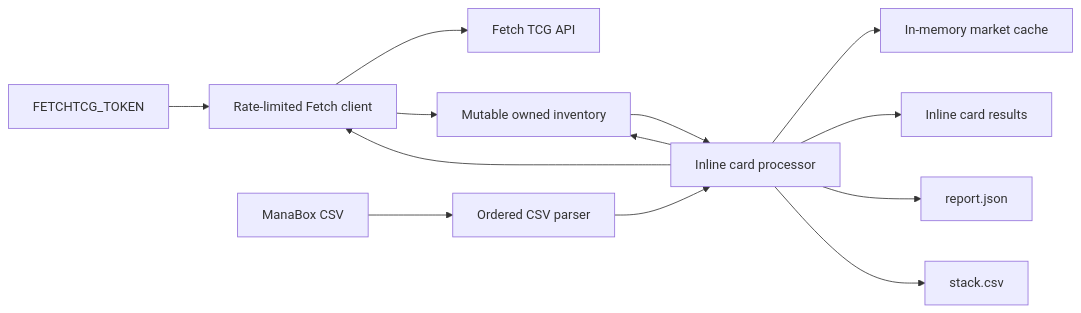
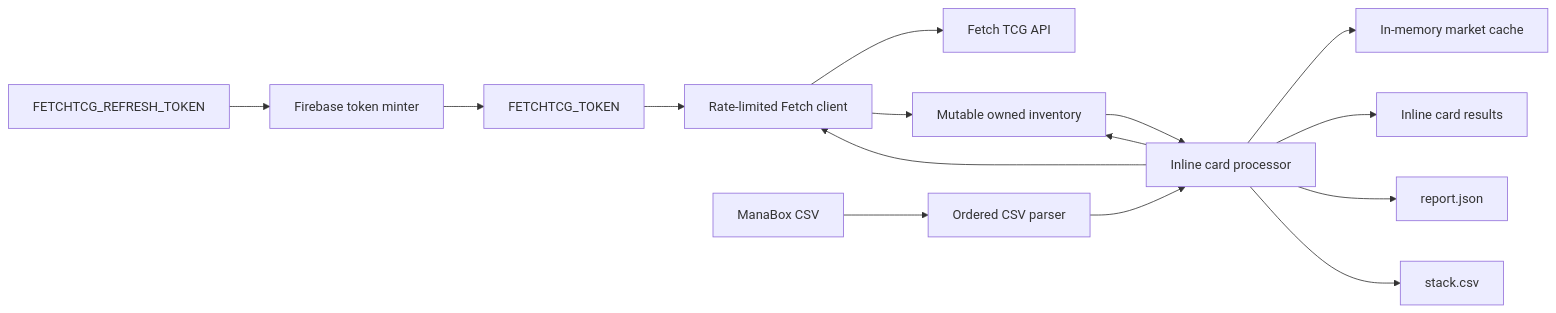
The first of 2 diagrams in tcg_lister_api/scripts/list/README.md (jordansimsmith/jordansimsmith-com), drawn with Mermaid before and after one commit. The commit also changed other lines of this file and 7 other files, not shown here.

First line of the commit message:
Add on-demand Fetch token minting

````diff
--- a/tcg_lister_api/scripts/list/README.md
+++ b/tcg_lister_api/scripts/list/README.md
@@ -64,15 +64,17 @@
 ```mermaid
 flowchart LR
-  AuthEnv[FETCHTCG_TOKEN] --> FetchClient[Rate-limited Fetch client]
+  RefreshEnv[FETCHTCG_REFRESH_TOKEN] --> TokenMinter[Firebase token minter]
+  TokenMinter --> AuthEnv[FETCHTCG_TOKEN]
+  AuthEnv --> FetchClient[Rate-limited Fetch client]
   ManaBoxCsv[ManaBox CSV] --> Parser[Ordered CSV parser]
   Parser --> Processor[Inline card processor]
   Processor --> FetchClient[Rate-limited Fetch client]
   FetchClient --> FetchApi[Fetch TCG API]
   FetchClient --> OwnedInventory[Mutable owned inventory]
   OwnedInventory --> Processor
   Processor --> OwnedInventory
   Processor --> RunCache[In-memory market cache]
   Processor --> Console[Inline card results]
   Processor --> JsonReport[report.json]
   Processor --> CsvReport[stack.csv]
 ```
````
